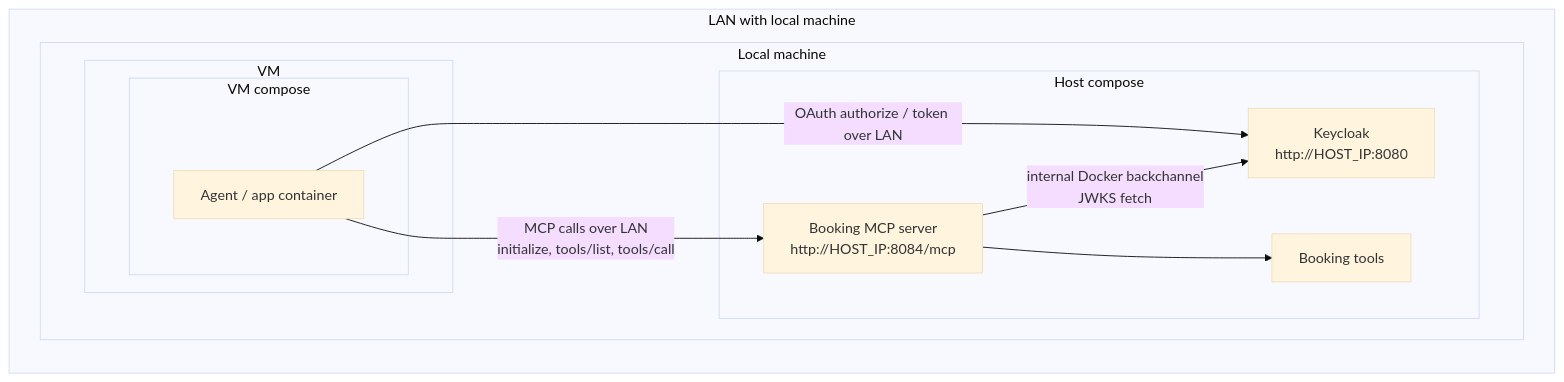
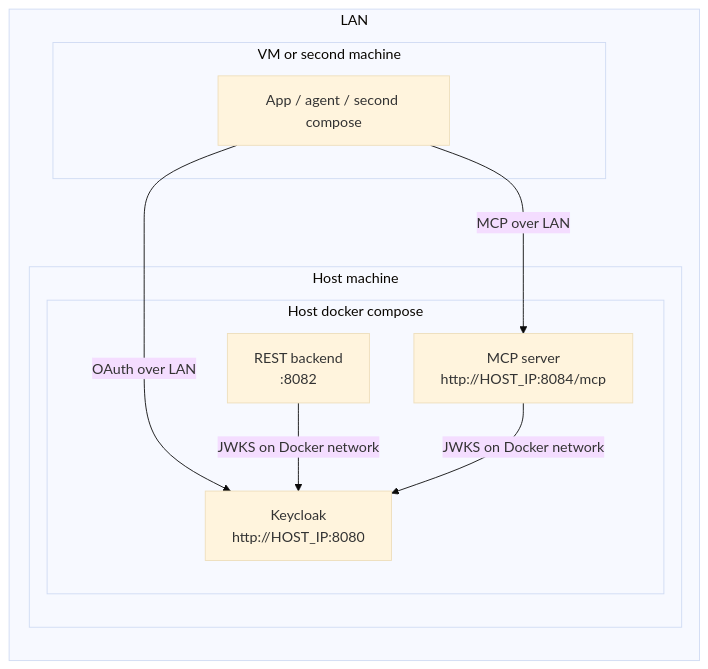
The second of 2 diagrams in local-container/README.md (thomassuedbroecker/galaxium-travels-infrastructure-tsuedbro), drawn with Mermaid (base theme) before and after one commit. The commit also changed other lines of this file and 37 other files, not shown here.

````diff
--- a/local-container/README.md
+++ b/local-container/README.md
@@ -49,23 +72,21 @@
 ```mermaid
 flowchart LR
-  subgraph network["LAN with local machine"]
-    subgraph host["Local machine"]
-      subgraph vm["VM"]
-        subgraph vm_compose["VM compose"]
-          vm_app["Agent / app container"]
-        end
+  subgraph lan["LAN"]
+    subgraph host["Host machine"]
+      subgraph host_compose["Host docker compose"]
+        kc["Keycloak<br/>http://HOST_IP:8080"]
+        rest["REST backend<br/>:8082"]
+        mcp["MCP server<br/>http://HOST_IP:8084/mcp"]
       end
+    end
 
-      subgraph host_compose["Host compose"]
-        mcp["Booking MCP server\nhttp://HOST_IP:8084/mcp"]
-        tools["Booking tools"]
-        kc["Keycloak\nhttp://HOST_IP:8080"]
-      end
+    subgraph vm["VM or second machine"]
+      app["App / agent / second compose"]
     end
   end
 
-  vm_app -->|"MCP calls over LAN\ninitialize, tools/list, tools/call"| mcp
-  vm_app -->|"OAuth authorize / token over LAN"| kc
-  mcp -->|"internal Docker backchannel\nJWKS fetch"| kc
-  mcp --> tools
+  app -->|"OAuth over LAN"| kc
+  app -->|"MCP over LAN"| mcp
+  rest -->|"JWKS on Docker network"| kc
+  mcp -->|"JWKS on Docker network"| kc
 ```
````
